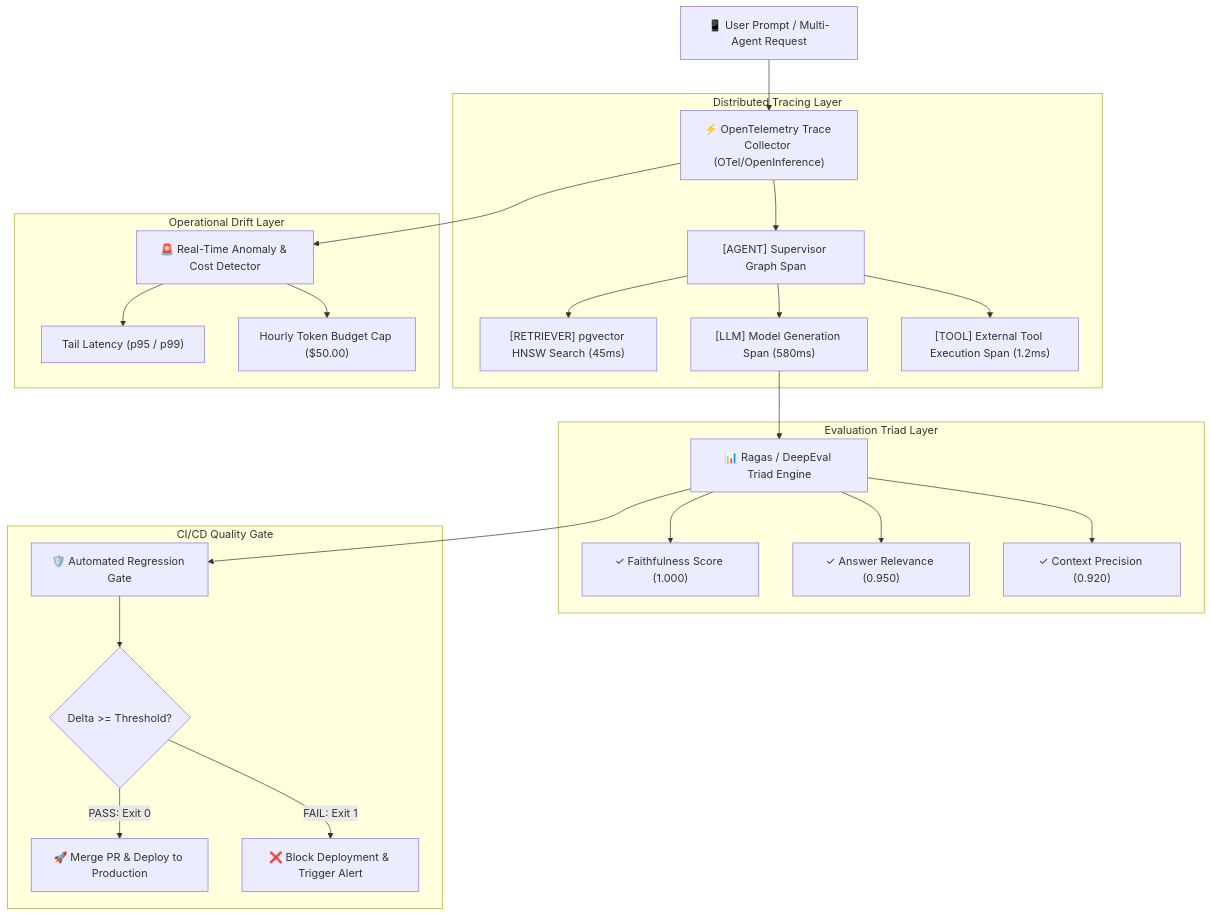
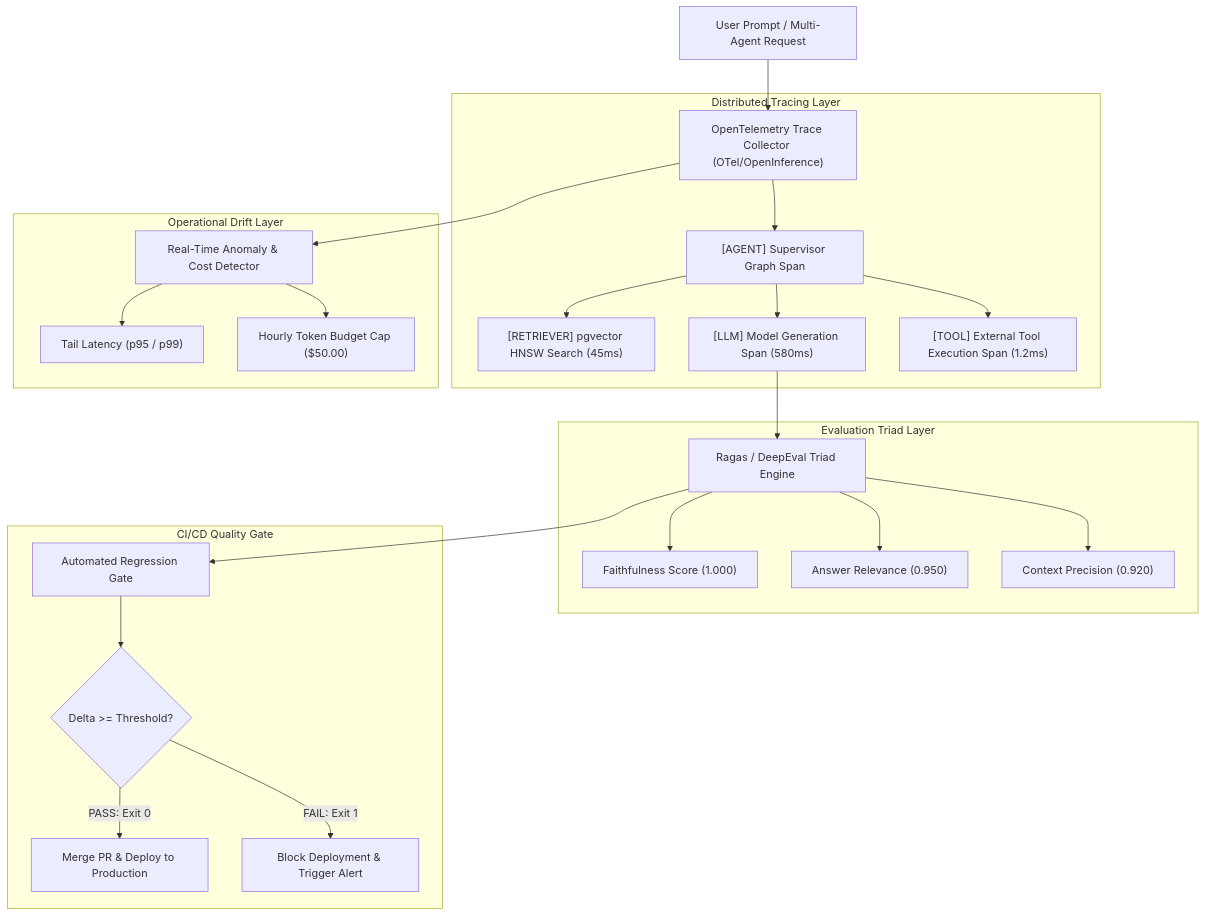
The diagram in README.md (vi-nayKR/llm-observability-eval-platform), drawn with Mermaid before and after one commit. The commit also changed other lines of this file and 9 other files, not shown here.

````diff
--- a/README.md
+++ b/README.md
@@ -49,31 +49,31 @@
 ```mermaid
 flowchart TD
-    UserQuery["📱 User Prompt / Multi-Agent Request"] --> TraceCollector["⚡ OpenTelemetry Trace Collector (OTel/OpenInference)"]
+ UserQuery[" User Prompt / Multi-Agent Request"] --> TraceCollector[" OpenTelemetry Trace Collector (OTel/OpenInference)"]
 
-    subgraph TracingTier ["Distributed Tracing Layer"]
-        TraceCollector --> AgentSpan["[AGENT] Supervisor Graph Span"]
-        AgentSpan --> RetSpan["[RETRIEVER] pgvector HNSW Search (45ms)"]
-        AgentSpan --> LLMSpan["[LLM] Model Generation Span (580ms)"]
-        AgentSpan --> ToolSpan["[TOOL] External Tool Execution Span (1.2ms)"]
-    end
+ subgraph TracingTier ["Distributed Tracing Layer"]
+ TraceCollector --> AgentSpan["[AGENT] Supervisor Graph Span"]
+ AgentSpan --> RetSpan["[RETRIEVER] pgvector HNSW Search (45ms)"]
+ AgentSpan --> LLMSpan["[LLM] Model Generation Span (580ms)"]
+ AgentSpan --> ToolSpan["[TOOL] External Tool Execution Span (1.2ms)"]
+ end
 
-    subgraph EvalTier ["Evaluation Triad Layer"]
-        LLMSpan --> TriadEngine["📊 Ragas / DeepEval Triad Engine"]
-        TriadEngine --> Faithfulness["✓ Faithfulness Score (1.000)"]
-        TriadEngine --> Relevance["✓ Answer Relevance (0.950)"]
-        TriadEngine --> ContextPrecision["✓ Context Precision (0.920)"]
-    end
+ subgraph EvalTier ["Evaluation Triad Layer"]
+ LLMSpan --> TriadEngine[" Ragas / DeepEval Triad Engine"]
+ TriadEngine --> Faithfulness[" Faithfulness Score (1.000)"]
+ TriadEngine --> Relevance[" Answer Relevance (0.950)"]
+ TriadEngine --> ContextPrecision[" Context Precision (0.920)"]
+ end
 
-    subgraph GatingTier ["CI/CD Quality Gate"]
-        TriadEngine --> CICDGate["🛡️ Automated Regression Gate"]
-        CICDGate --> ReleaseDecision{"Delta >= Threshold?"}
-        ReleaseDecision -->|PASS: Exit 0| Deploy["🚀 Merge PR & Deploy to Production"]
-        ReleaseDecision -->|FAIL: Exit 1| Block["❌ Block Deployment & Trigger Alert"]
-    end
+ subgraph GatingTier ["CI/CD Quality Gate"]
+ TriadEngine --> CICDGate[" Automated Regression Gate"]
+ CICDGate --> ReleaseDecision{"Delta >= Threshold?"}
+ ReleaseDecision -->|PASS: Exit 0| Deploy[" Merge PR & Deploy to Production"]
+ ReleaseDecision -->|FAIL: Exit 1| Block[" Block Deployment & Trigger Alert"]
+ end
 
-    subgraph TelemetryTier ["Operational Drift Layer"]
-        TraceCollector --> DriftDetector["🚨 Real-Time Anomaly & Cost Detector"]
-        DriftDetector --> LatencyP95["Tail Latency (p95 / p99)"]
-        DriftDetector --> CostCap["Hourly Token Budget Cap ($50.00)"]
-    end
+ subgraph TelemetryTier ["Operational Drift Layer"]
+ TraceCollector --> DriftDetector[" Real-Time Anomaly & Cost Detector"]
+ DriftDetector --> LatencyP95["Tail Latency (p95 / p99)"]
+ DriftDetector --> CostCap["Hourly Token Budget Cap ($50.00)"]
+ end
 ```
````
